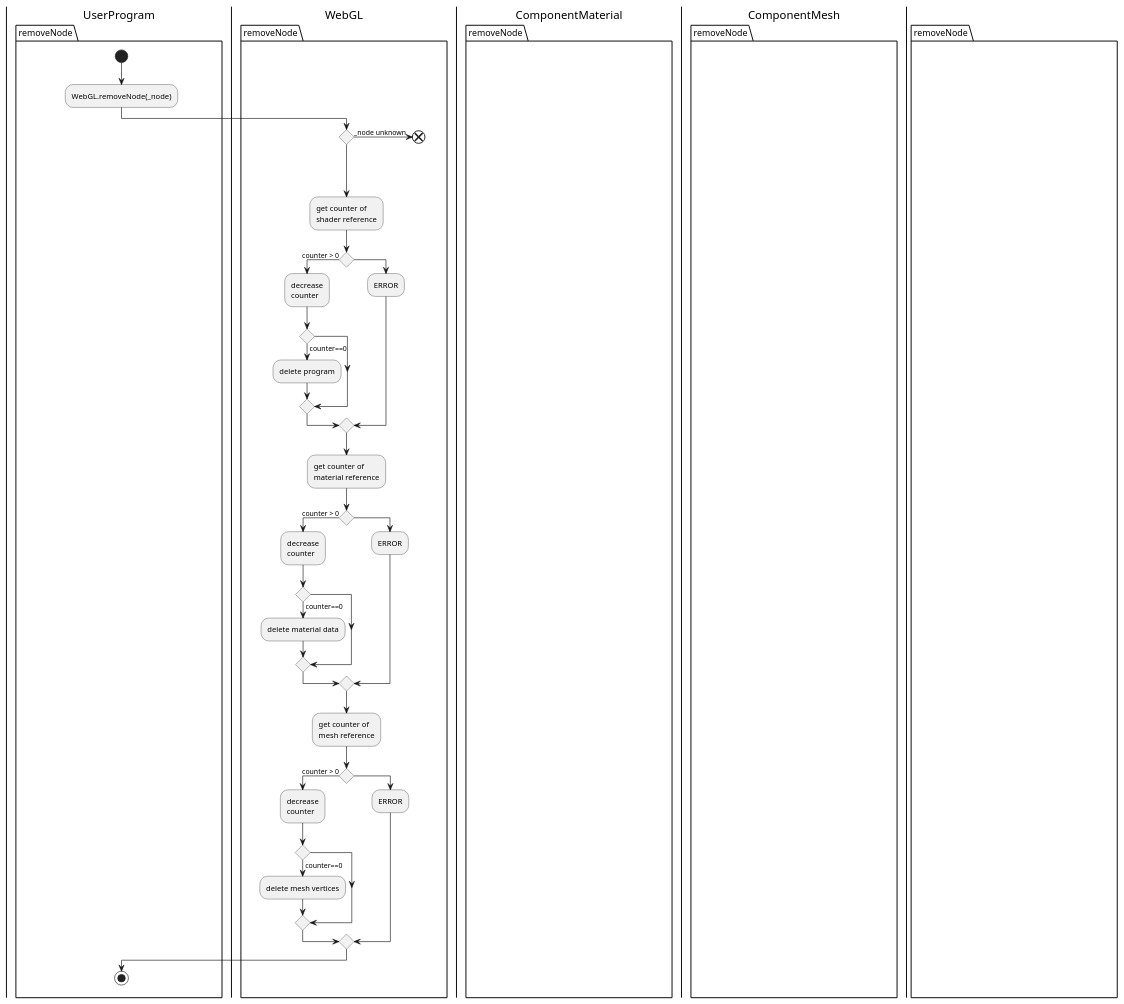
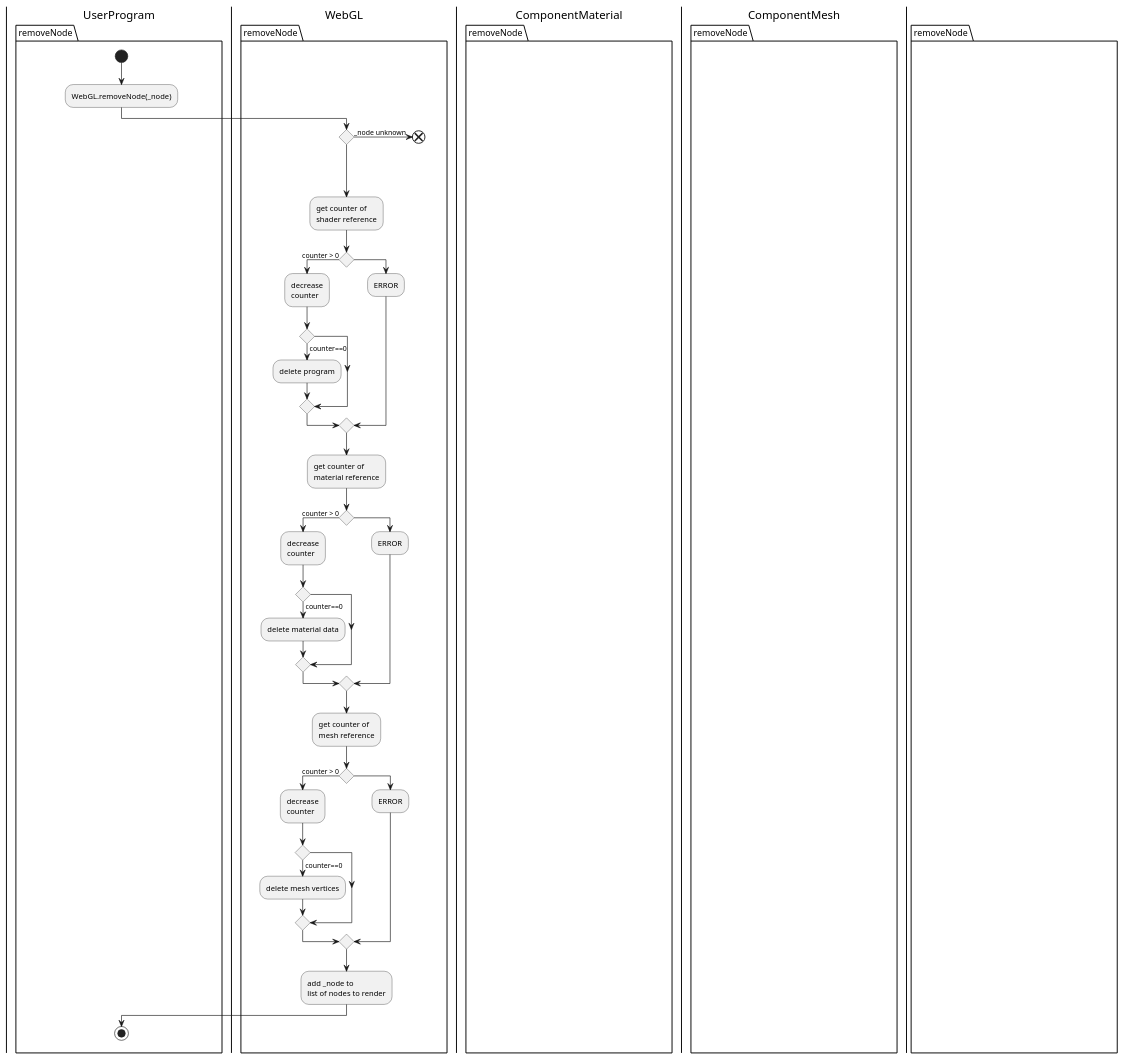
One commit to JirkaDellOro/FUDGE changed the second of 3 diagrams in Design/WebGL_Proposal_Node-Processing.puml. Above: the diagram before and after it, drawn with PlantUML. The commit also changed 4 other files, not shown here.

```diff
--- a/Design/WebGL_Proposal_Node-Processing.puml
+++ b/Design/WebGL_Proposal_Node-Processing.puml
@@ -60,52 +60,54 @@
 @startuml WebGL.removeNode
 |UserProgram|
 '|Viewport|
 |WebGL|
 '|Node|
 |ComponentMaterial|
 |ComponentMesh|
 package removeNode {
     |UserProgram|
     start
     :WebGL.removeNode(_node);
     |WebGL|
     if () then (_node unknown)
         end
     endif
     :get counter of
     shader reference;
     if () then (counter > 0)
         :decrease
         counter;
         if () then (counter==0)
             :delete program;
         endif
     else ()
         :ERROR;
     endif
     :get counter of
     material reference;
     if () then (counter > 0)
         :decrease
         counter;
         if () then (counter==0)
             :delete material data;
         endif
     else ()
         :ERROR;
     endif
     :get counter of
     mesh reference;
     if () then (counter > 0)
         :decrease
         counter;
         if () then (counter==0)
             :delete mesh vertices;
         endif
     else ()
         :ERROR;
     endif
+    :add _node to 
+    list of nodes to render;
     |UserProgram|
     stop
 }
 @enduml
```
